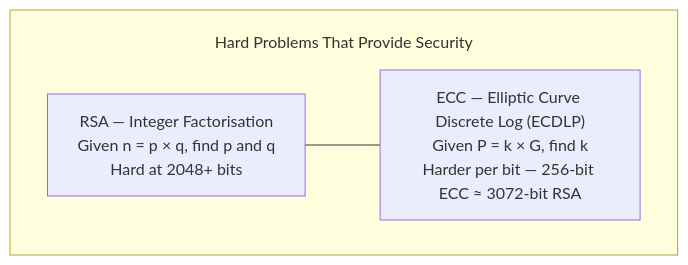
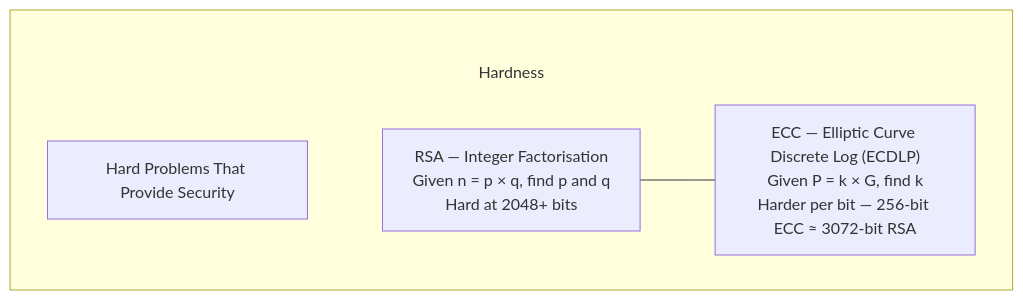
The fourth of 4 diagrams in src/main/java/security/ecc/README.md (csoares/SecurityJava), drawn with Mermaid before and after one commit. The commit also changed other lines of this file and 11 other files, not shown here.

Commit message:
Fix Mermaid subgraph title overlap by moving labels into title nodes Replace subgraph label syntax (which overlaps first node) with explicit title nodes inside each subgraph, connected via invisible edges (~~~). Also increase subGraphTitleMargin top padding from 20 to 50 for extra space.

````diff
--- a/src/main/java/security/ecc/README.md
+++ b/src/main/java/security/ecc/README.md
@@ -85,9 +95,11 @@
 ```mermaid
-%%{init: {'flowchart': {'subGraphTitleMargin': {'top': 20, 'bottom': 5}}}}%%
+%%{init: {'flowchart': {'subGraphTitleMargin': {'top': 50, 'bottom': 10}}}}%%
 flowchart TD
-    subgraph Hardness ["Hard Problems That Provide Security"]
+    subgraph Hardness
+        T_Hardness["Hard Problems That Provide Security"]
+        T_Hardness ~~~ RSA_H
         RSA_H["RSA — Integer Factorisation<br/>Given n = p × q, find p and q<br/>Hard at 2048+ bits"]
         ECC_H["ECC — Elliptic Curve Discrete Log (ECDLP)<br/>Given P = k × G, find k<br/>Harder per bit — 256-bit ECC ≈ 3072-bit RSA"]
         RSA_H --- ECC_H
     end
 ```
````
